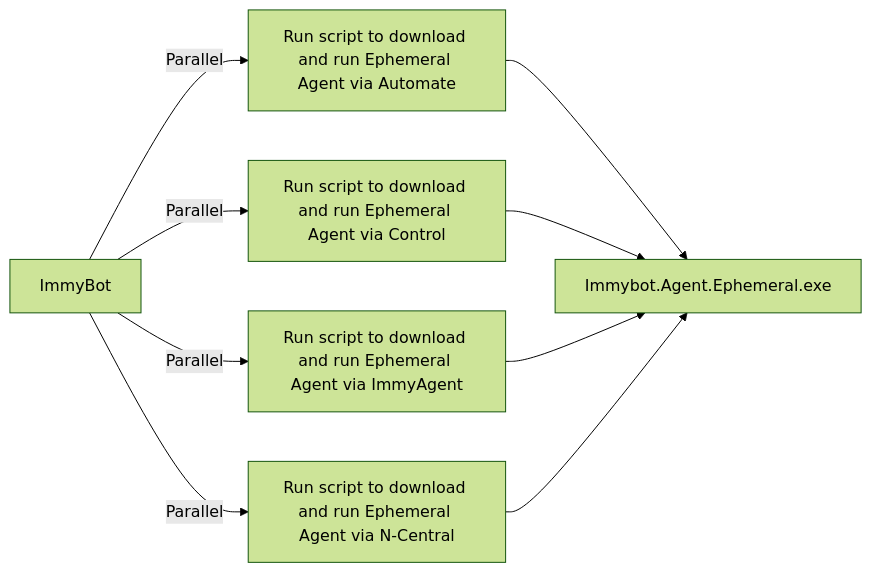
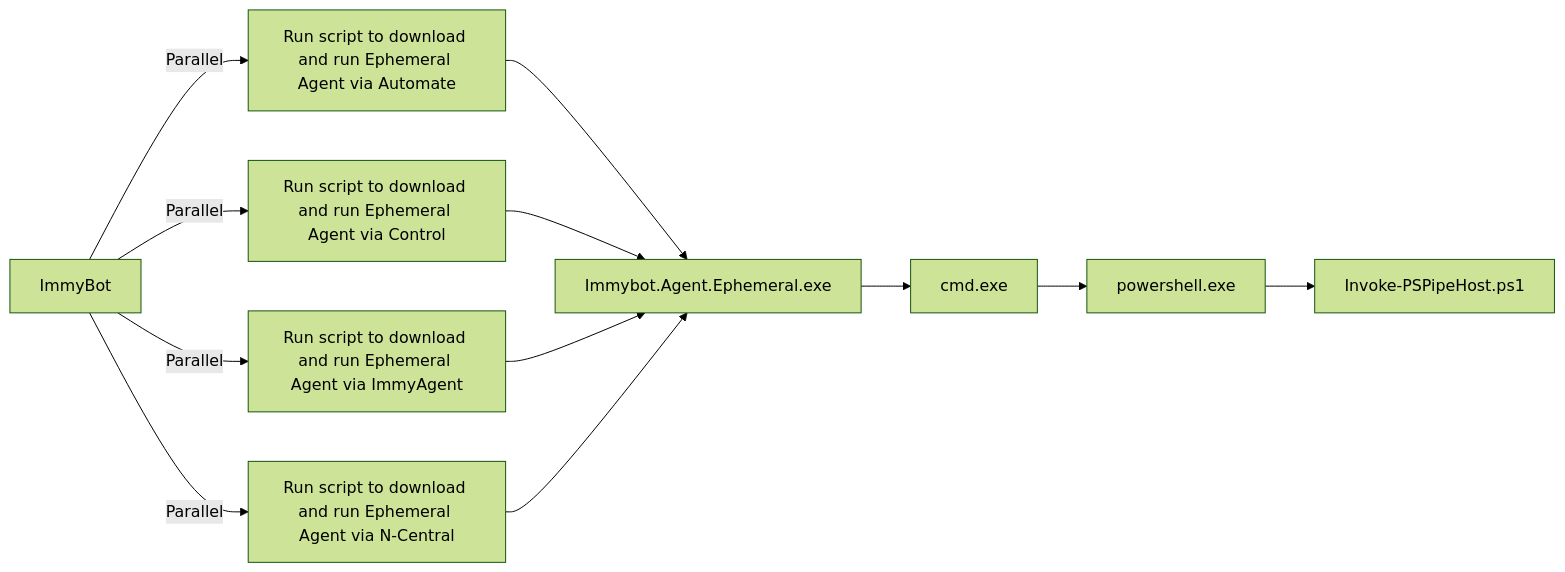
Diagram 12 of 12 in src/README.md (immense/immybot-documentation), drawn with Mermaid (forest theme) before and after one commit. The commit also changed other lines of this file, not shown here.

````diff
--- a/src/README.md
+++ b/src/README.md
@@ -577,11 +584,12 @@
 ```mermaid
 graph LR
     ImmyBot --> |Parallel|Automate[Run script to download and run Ephemeral Agent via Automate]
     ImmyBot --> |Parallel|Control[Run script to download and run Ephemeral Agent via Control]
     ImmyBot --> |Parallel|ImmyAgent[Run script to download and run Ephemeral Agent via ImmyAgent]
     ImmyBot --> |Parallel|N-Central[Run script to download and run Ephemeral Agent via N-Central]
     Automate --> Immybot.Agent.Ephemeral.exe
     Control --> Immybot.Agent.Ephemeral.exe
     ImmyAgent --> Immybot.Agent.Ephemeral.exe
     N-Central --> Immybot.Agent.Ephemeral.exe    
+    Immybot.Agent.Ephemeral.exe --> cmd.exe --> powershell.exe --> Invoke-PSPipeHost.ps1
 ```
````
